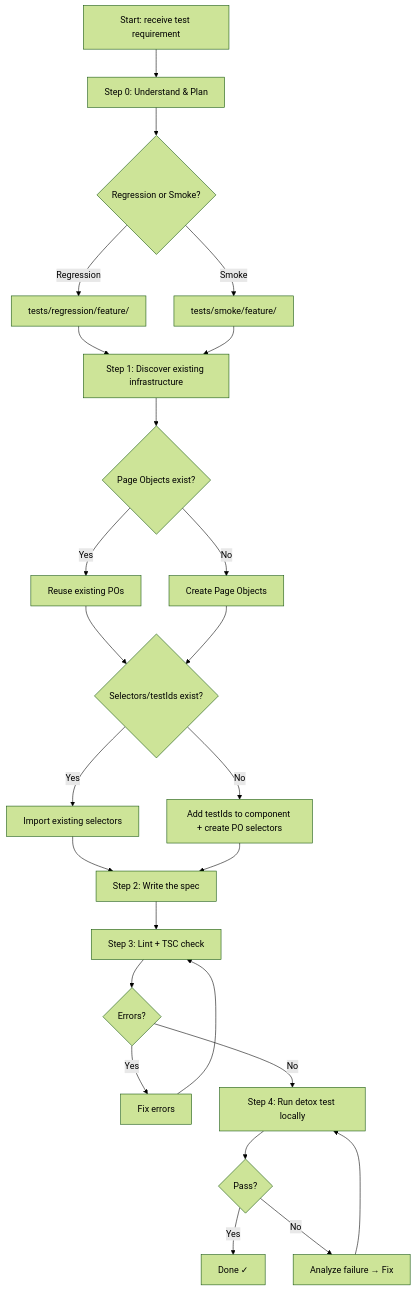
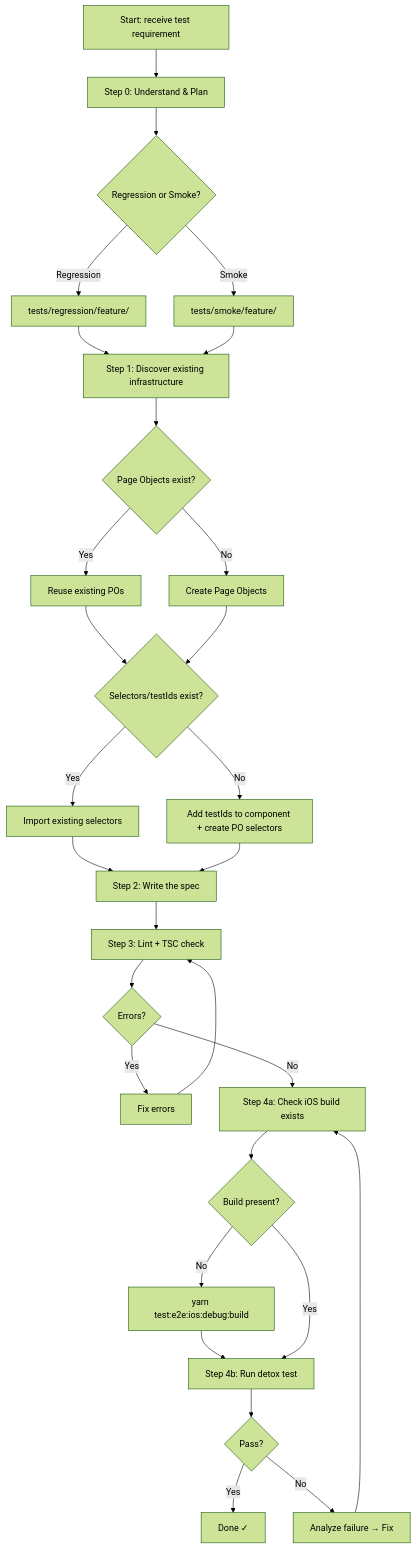
The diagram in .claude/commands/e2e-test.md (ganchoradkov/metamask-mobile), drawn with Mermaid (forest theme) before and after one commit. The commit also changed other lines of this file and 2 other files, not shown here.

First line of the commit message:
feat: add build verification step to e2e-test skill

````diff
--- a/.claude/commands/e2e-test.md
+++ b/.claude/commands/e2e-test.md
@@ -7,24 +7,28 @@
 ```mermaid
 flowchart TD
     A[Start: receive test requirement] --> B[Step 0: Understand & Plan]
     B --> C{Regression or Smoke?}
     C -->|Regression| D[tests/regression/feature/]
     C -->|Smoke| E[tests/smoke/feature/]
     D & E --> F[Step 1: Discover existing infrastructure]
     F --> G{Page Objects exist?}
     G -->|Yes| H[Reuse existing POs]
     G -->|No| I[Create Page Objects]
     H & I --> J{Selectors/testIds exist?}
     J -->|Yes| K[Import existing selectors]
     J -->|No| L[Add testIds to component + create PO selectors]
     K & L --> M[Step 2: Write the spec]
     M --> N[Step 3: Lint + TSC check]
     N --> O{Errors?}
     O -->|Yes| P[Fix errors]
     P --> N
-    O -->|No| Q[Step 4: Run detox test locally]
-    Q --> R{Pass?}
+    O -->|No| Q[Step 4a: Check iOS build exists]
+    Q --> Q2{Build present?}
+    Q2 -->|No| Q3[yarn test:e2e:ios:debug:build]
+    Q3 --> Q4[Step 4b: Run detox test]
+    Q2 -->|Yes| Q4
+    Q4 --> R{Pass?}
     R -->|Yes| S[Done ✓]
     R -->|No| T[Analyze failure → Fix]
     T --> Q
 ```
````
